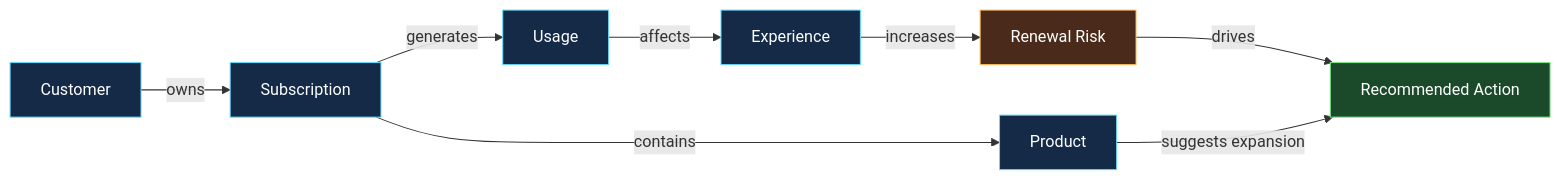
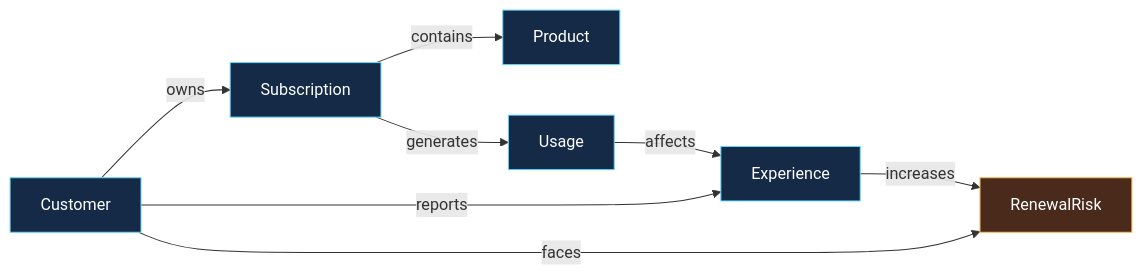
One commit to aljannuzzi/fabric-cowork-ontology-demo changed the third of 3 diagrams in README.md. Above: the diagram before and after it, drawn with Mermaid. The commit also changed other lines of this file and 50 other files, not shown here.

````diff
--- a/README.md
+++ b/README.md
@@ -252,18 +236,17 @@
 ```mermaid
 flowchart LR
     C["Customer"] -->|owns| S["Subscription"]
     S -->|contains| P["Product"]
     S -->|generates| U["Usage"]
     U -->|affects| E["Experience"]
-    E -->|increases| R["Renewal Risk"]
-    R -->|drives| A["Recommended Action"]
-    P -->|suggests expansion| A
+    E -->|increases| R["RenewalRisk"]
+    C -->|reports| E
+    C -->|faces| R
 
     style C fill:#142a47,stroke:#66d9ff,color:#fff
     style S fill:#142a47,stroke:#66d9ff,color:#fff
     style P fill:#142a47,stroke:#66d9ff,color:#fff
     style U fill:#142a47,stroke:#66d9ff,color:#fff
     style E fill:#142a47,stroke:#66d9ff,color:#fff
     style R fill:#4a2a1a,stroke:#ffbd59,color:#fff
-    style A fill:#1a4a2a,stroke:#7ee787,color:#fff
 ```
````
